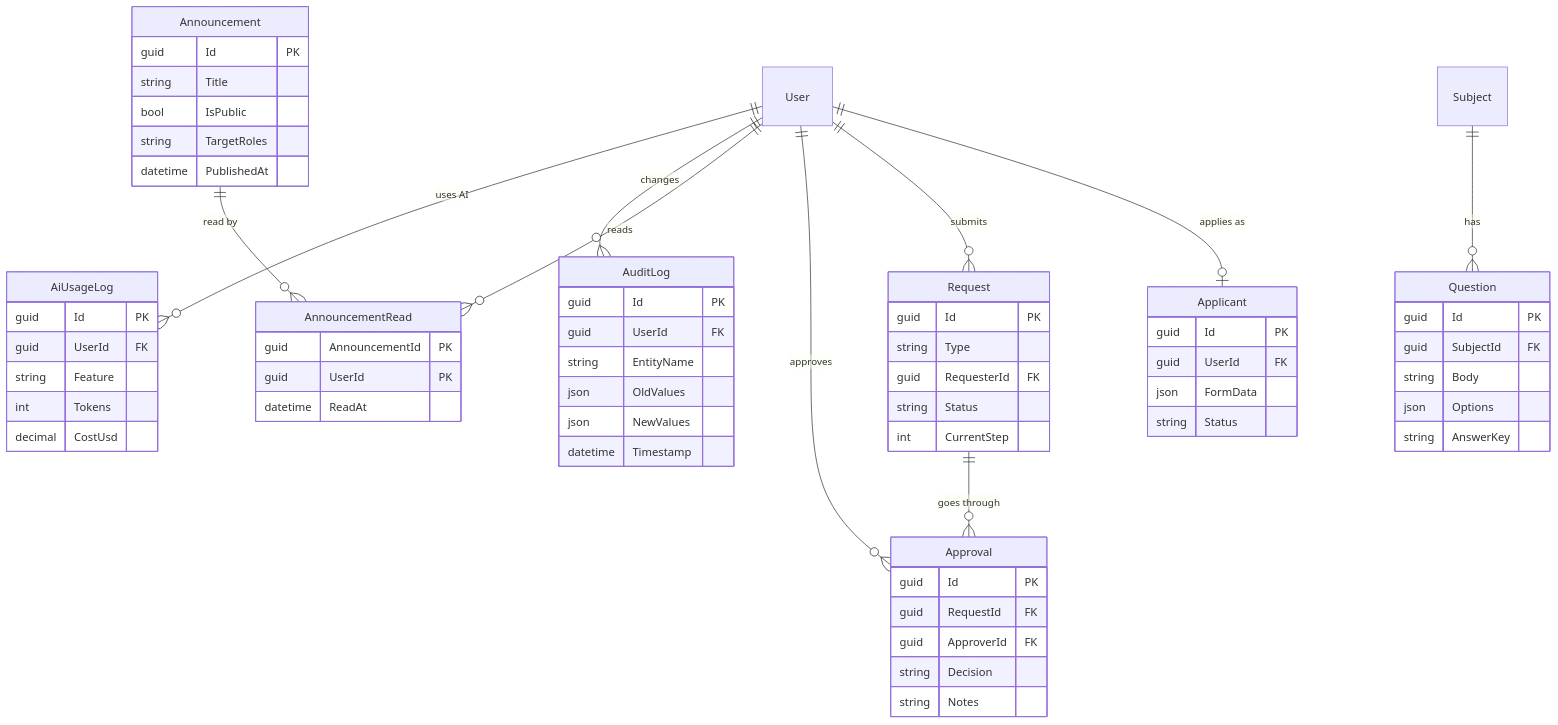
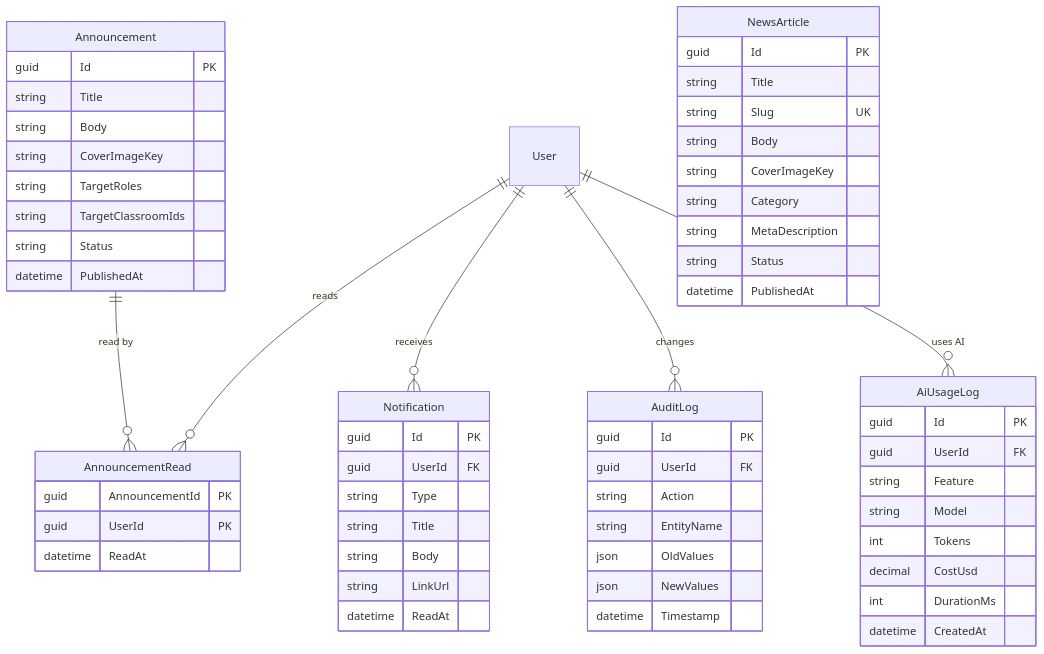
The seventh of 9 diagrams in docs/en/system-design.md (ridhwanhabib18/schomans), drawn with Mermaid before and after one commit. The commit also changed other lines of this file and 9 other files, not shown here.

First line of the commit message:
docs: refine data model and apply planning decisions

````diff
--- a/docs/en/system-design.md
+++ b/docs/en/system-design.md
@@ -247,68 +464,64 @@
 ```mermaid
-%% Source: diagrams/erd.mmd (workflows, communication, audit & AI)
+%% Source: diagrams/erd.mmd (news, announcements, notifications, audit & AI)
 erDiagram
-  User ||--o| Applicant : "applies as"
-  User ||--o{ Request : "submits"
-  Request ||--o{ Approval : "goes through"
-  User ||--o{ Approval : "approves"
   Announcement ||--o{ AnnouncementRead : "read by"
   User ||--o{ AnnouncementRead : "reads"
+  User ||--o{ Notification : "receives"
   User ||--o{ AuditLog : "changes"
   User ||--o{ AiUsageLog : "uses AI"
-  Subject ||--o{ Question : "has"
 
-  Applicant {
+  NewsArticle {
     guid Id PK
-    guid UserId FK
-    json FormData
+    string Title
+    string Slug UK
+    string Body
+    string CoverImageKey
+    string Category
+    string MetaDescription
     string Status
-  }
-  Request {
-    guid Id PK
-    string Type
-    guid RequesterId FK
-    string Status
-    int CurrentStep
-  }
-  Approval {
-    guid Id PK
-    guid RequestId FK
-    guid ApproverId FK
-    string Decision
-    string Notes
+    datetime PublishedAt
   }
   Announcement {
     guid Id PK
     string Title
-    bool IsPublic
+    string Body
+    string CoverImageKey
     string TargetRoles
+    string TargetClassroomIds
+    string Status
     datetime PublishedAt
   }
   AnnouncementRead {
     guid AnnouncementId PK
     guid UserId PK
     datetime ReadAt
   }
+  Notification {
+    guid Id PK
+    guid UserId FK
+    string Type
+    string Title
+    string Body
+    string LinkUrl
+    datetime ReadAt
+  }
   AuditLog {
     guid Id PK
     guid UserId FK
+    string Action
     string EntityName
     json OldValues
     json NewValues
     datetime Timestamp
   }
   AiUsageLog {
     guid Id PK
     guid UserId FK
     string Feature
+    string Model
     int Tokens
     decimal CostUsd
-  }
-  Question {
-    guid Id PK
-    guid SubjectId FK
-    string Body
-    json Options
-    string AnswerKey
+    int DurationMs
+    datetime CreatedAt
   }
 ```
````
